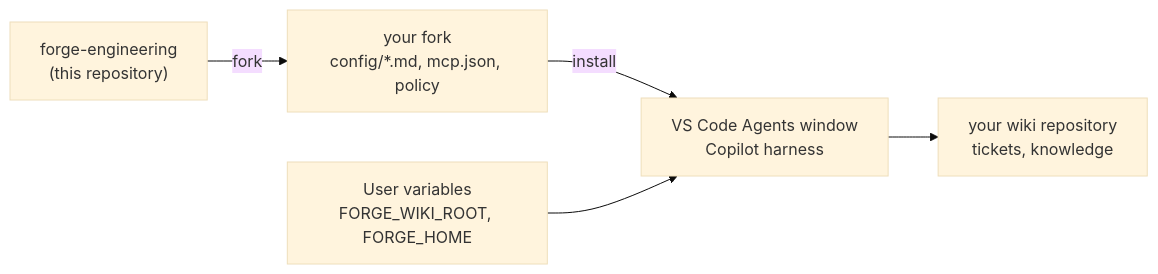
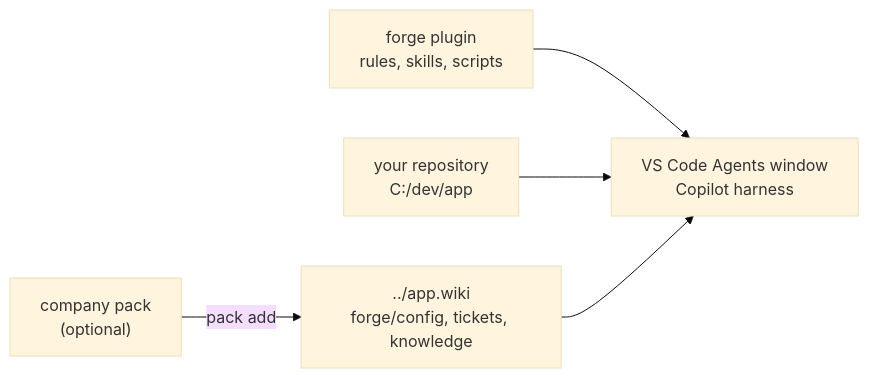
One commit to alexradunet/forge-engineering changed the diagram in README.md. Above: the diagram before and after it, drawn with Mermaid (base theme). The commit also changed other lines of this file and 30 other files, not shown here.

````diff
--- a/README.md
+++ b/README.md
@@ -15,7 +15,7 @@
 ```mermaid
 flowchart LR
-  up["forge-engineering<br/>(this repository)"] -- fork --> fork["your fork<br/>config/*.md, mcp.json, policy"]
-  fork -->|install| vscode["VS Code Agents window<br/>Copilot harness"]
-  env["User variables<br/>FORGE_WIKI_ROOT, FORGE_HOME"] --> vscode
-  vscode --> wiki["your wiki repository<br/>tickets, knowledge"]
+  plugin["forge plugin<br/>rules, skills, scripts"] --> vscode["VS Code Agents window<br/>Copilot harness"]
+  repo["your repository<br/>C:/dev/app"] --> vscode
+  wiki["../app.wiki<br/>forge/config, tickets, knowledge"] --> vscode
+  pack["company pack<br/>(optional)"] -- pack add --> wiki
 ```
````
